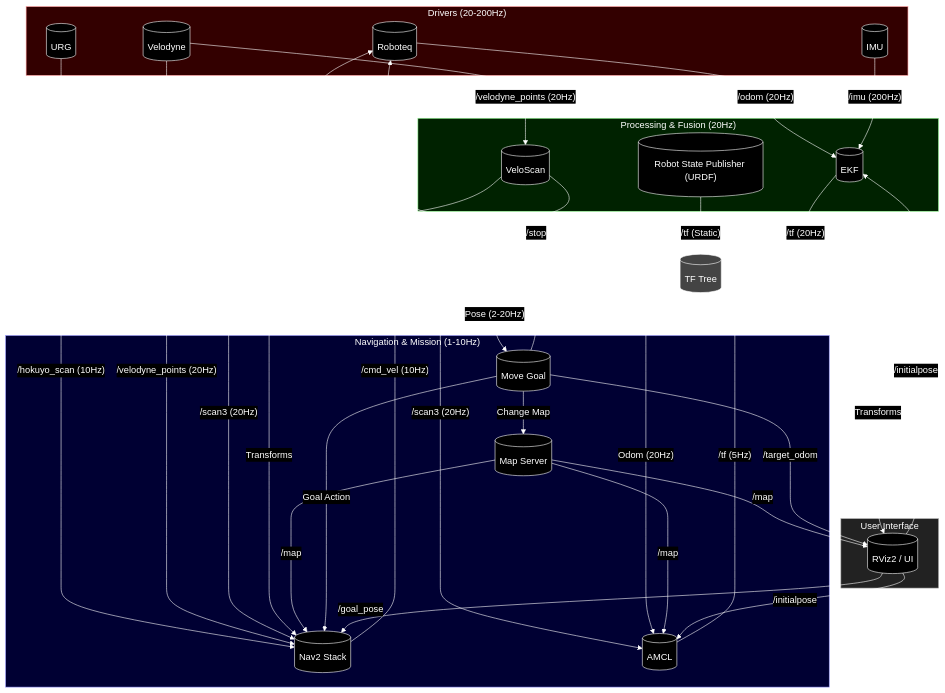
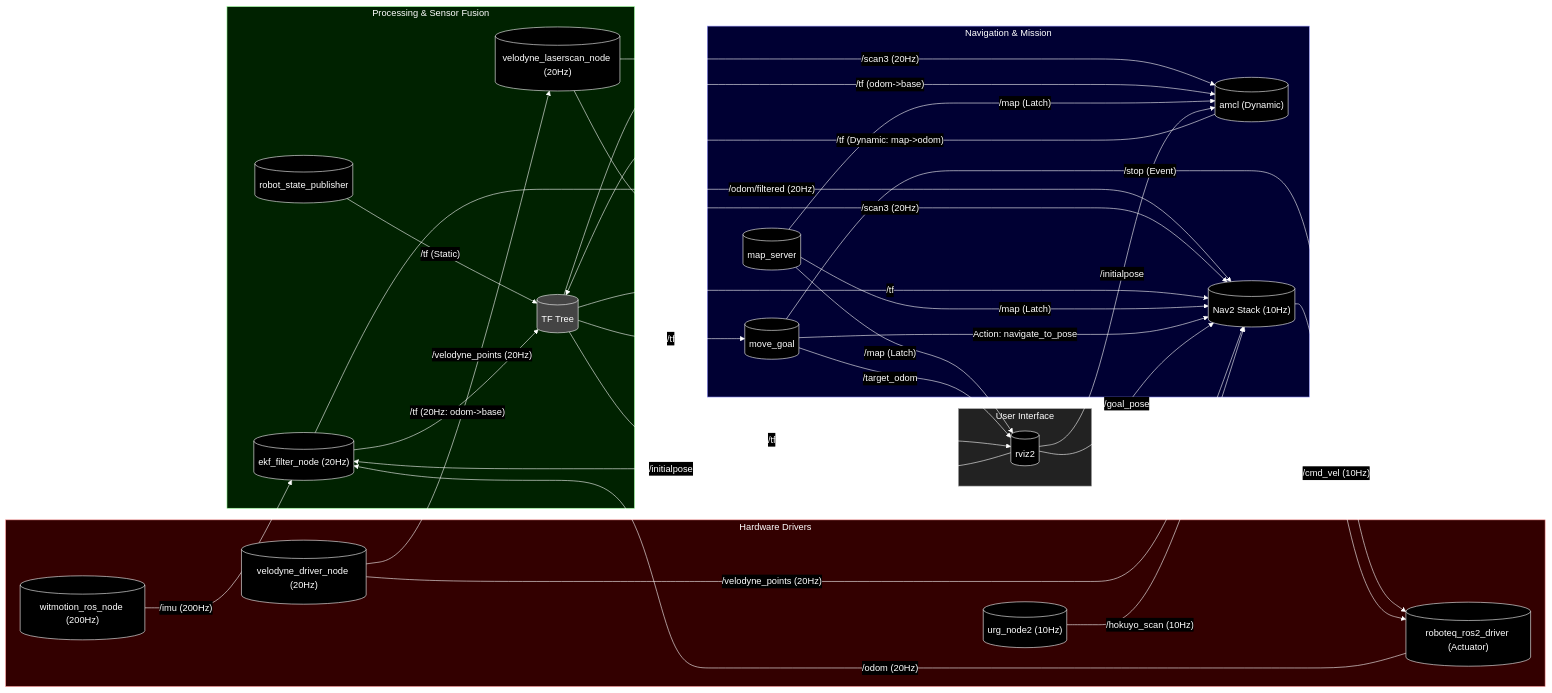
One commit to YakiFrog/sirius_jazzy_ws changed the diagram in docs/system_diagram.md. Above: the diagram before and after it, drawn with Mermaid. The commit also changed other lines of this file and 1 other file, not shown here.

Commit message:
ちょっと違うけどまあこれでいい

````diff
--- a/docs/system_diagram.md
+++ b/docs/system_diagram.md
@@ -5,63 +5,63 @@
 ```mermaid
 %%{init: {'theme': 'base', 'themeVariables': { 'primaryColor': '#000000', 'primaryTextColor': '#ffffff', 'primaryBorderColor': '#ffffff', 'lineColor': '#ffffff', 'tertiaryColor': '#ffffff', 'clusterBkg': '#222222', 'clusterBorder': '#666666', 'titleColor': '#ffffff'}}}%%
-graph TD
-    subgraph HW ["Drivers (20-200Hz)"]
-        Roboteq[("Roboteq")]
-        URG[("URG")]
-        Velo[("Velodyne")]
-        IMU[("IMU")]
+graph LR
+    subgraph HW ["Hardware Drivers"]
+        witmotion_ros_node[("witmotion_ros_node (200Hz)")]
+        velodyne_driver_node[("velodyne_driver_node (20Hz)")]
+        urg_node2[("urg_node2 (10Hz)")]
+        roboteq_ros2_driver[("roboteq_ros2_driver (Actuator)")]
     end
 
-    subgraph Core ["Processing & Fusion (20Hz)"]
-        EKF[("EKF")]
-        VScan[("VeloScan")]
-        RSP[("Robot State Publisher (URDF)")]
+    subgraph Core ["Processing & Sensor Fusion"]
+        ekf_filter_node[("ekf_filter_node (20Hz)")]
+        velodyne_laserscan_node[("velodyne_laserscan_node (20Hz)")]
+        robot_state_publisher[("robot_state_publisher")]
+        TfTree[("TF Tree")]
     end
 
-    subgraph Nav ["Navigation & Mission (1-10Hz)"]
-        Nav2[("Nav2 Stack")]
-        AMCL[("AMCL")]
-        Map[("Map Server")]
-        Move[("Move Goal")]
+    subgraph Nav ["Navigation & Mission"]
+        amcl[("amcl (Dynamic)")]
+        nav2_stack[("Nav2 Stack (10Hz)")]
+        map_server[("map_server")]
+        move_goal[("move_goal")]
     end
 
     subgraph UI ["User Interface"]
-        RViz[("RViz2 / UI")]
+        rviz2[("rviz2")]
     end
 
-    %% Data Flow
-    Roboteq -- "/odom (20Hz)" --> EKF
-    IMU -- "/imu (200Hz)" --> EKF
-    URG -- "/hokuyo_scan (10Hz)" --> Nav2
-    Velo -- "/velodyne_points (20Hz)" --> VScan
-    Velo -- "/velodyne_points (20Hz)" --> Nav2
-    VScan -- "/scan3 (20Hz)" --> AMCL
-    VScan -- "/scan3 (20Hz)" --> Nav2
+    %% Drivers to Processing/Fusion
+    witmotion_ros_node -- "/imu (200Hz)" --> ekf_filter_node
+    velodyne_driver_node -- "/velodyne_points (20Hz)" --> velodyne_laserscan_node & nav2_stack
+    urg_node2 -- "/hokuyo_scan (10Hz)" --> nav2_stack
+    roboteq_ros2_driver -- "/odom (20Hz)" --> ekf_filter_node
 
-    RSP -- "/tf (Static)" --> TfTree[("TF Tree")]
-    EKF -- "/tf (20Hz)" --> TfTree
-    AMCL -- "/tf (5Hz)" --> TfTree
+    %% Internal Processing Flows
+    robot_state_publisher -- "/tf (Static)" --> TfTree
+    ekf_filter_node -- "/odom/filtered (20Hz)" --> nav2_stack
+    ekf_filter_node -- "/tf (20Hz: odom->base)" --> TfTree
+    amcl -- "/tf (Dynamic: map->odom)" --> TfTree
+    velodyne_laserscan_node -- "/scan3 (20Hz)" --> amcl & nav2_stack
 
-    TfTree -- "Odom (20Hz)" --> AMCL
-    TfTree -- "Pose (2-20Hz)" --> Move
-    TfTree -- "Transforms" --> Nav2 & RViz
+    %% Navigation Inputs
+    TfTree -- "/tf" --> nav2_stack & rviz2 & move_goal
+    TfTree -- "/tf (odom->base)" --> amcl
+    map_server -- "/map (Latch)" --> amcl & nav2_stack & rviz2
+    
+    %% Mission & UI
+    move_goal -- "Action: navigate_to_pose" --> nav2_stack
+    move_goal -- "/stop (Event)" --> roboteq_ros2_driver
+    move_goal -- "/target_odom" --> rviz2
+    rviz2 -- "/initialpose" --> amcl & ekf_filter_node
+    rviz2 -- "/goal_pose" --> nav2_stack
 
-    Map -- "/map" --> AMCL & Nav2 & RViz
-    Move -- "Goal Action" --> Nav2
-    Move -- "/target_odom" --> RViz
-    Move -- "Change Map" --> Map
-
-    RViz -- "/initialpose" --> AMCL & EKF
-    RViz -- "/goal_pose" --> Nav2
-
-    %% Control Flow
-    Nav2 -- "/cmd_vel (10Hz)" --> Roboteq
-    Move -- "/stop" --> Roboteq
+    %% Control Output
+    nav2_stack -- "/cmd_vel (10Hz)" --> roboteq_ros2_driver
 
     %% Styles
     style HW fill:#330000,stroke:#f99,color:#fff
     style Core fill:#002200,stroke:#9f9,color:#fff
     style Nav fill:#000033,stroke:#99f,color:#fff
     style UI fill:#222,stroke:#aaa,color:#fff
     style TfTree fill:#444,stroke:#fff,color:#fff
 ```
````
